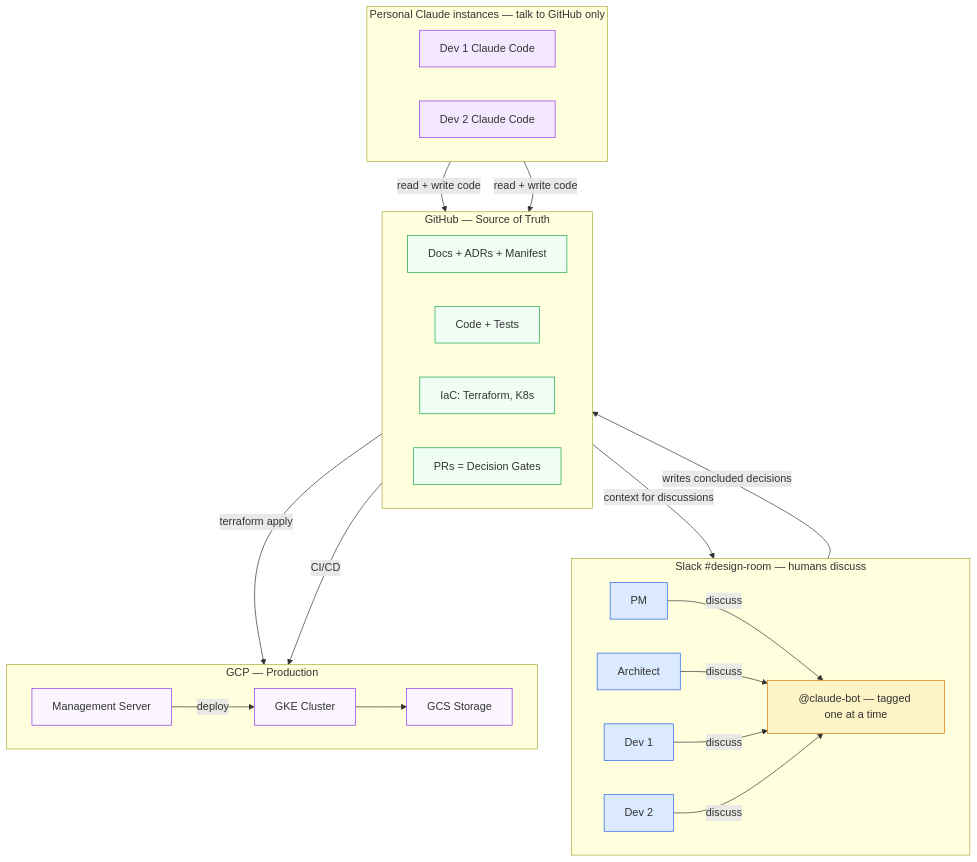
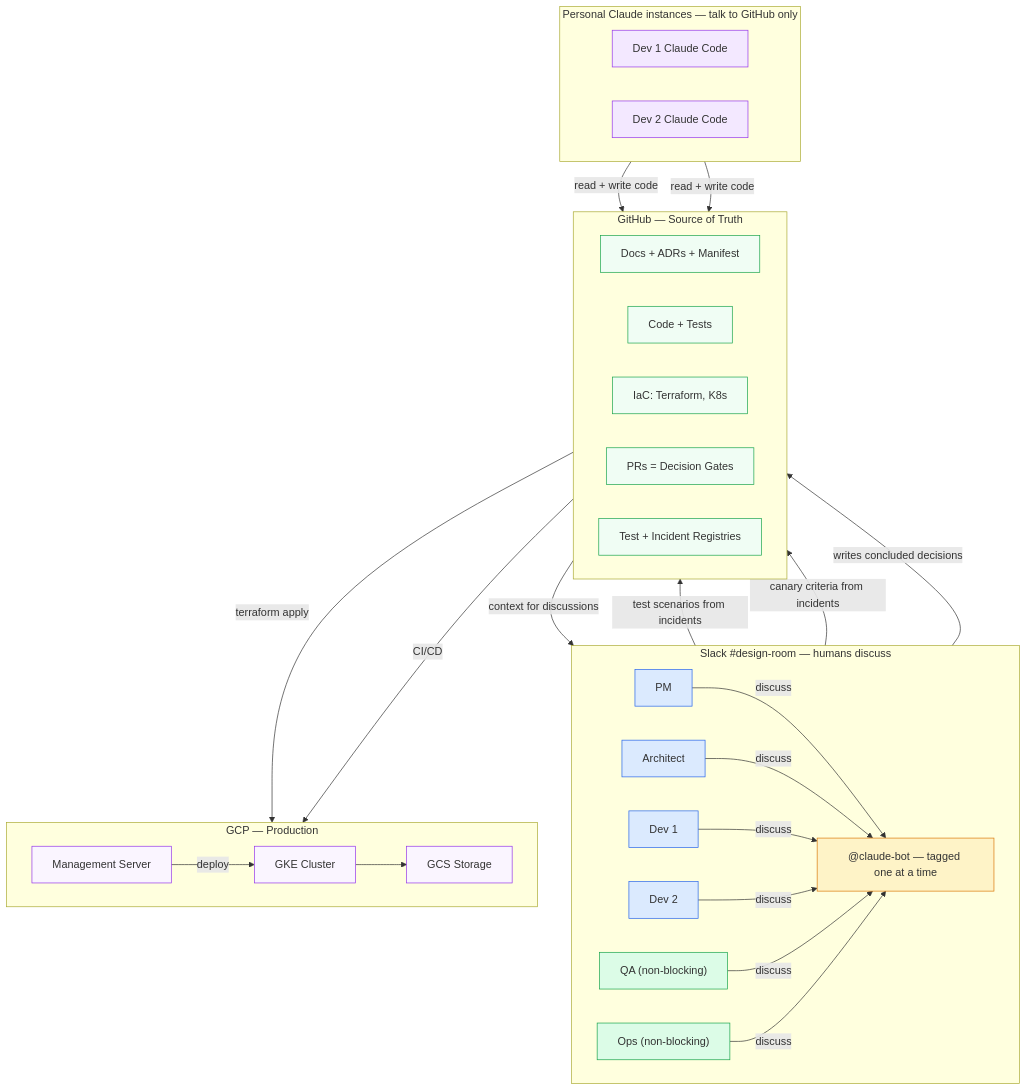
Before and after one commit to Prasad-Apparaju/hitl-dev-platform: the first of 5 diagrams in README.md, drawn with Mermaid. The commit also changed other lines of this file, not shown here.

Commit message:
Update Mermaid diagram with QA, Ops, registries; expand by default

````diff
--- a/README.md
+++ b/README.md
@@ -22,52 +22,59 @@
 ```mermaid
 graph TD
     subgraph Slack["Slack #design-room — humans discuss"]
         direction LR
         PM["PM"]
         Arch["Architect"]
         D1["Dev 1"]
         D2["Dev 2"]
+        QA["QA (non-blocking)"]
+        Ops["Ops (non-blocking)"]
         Bot["@claude-bot — tagged one at a time"]
     end
 
     subgraph Private["Personal Claude instances — talk to GitHub only"]
         direction LR
         C1["Dev 1 Claude Code"]
         C2["Dev 2 Claude Code"]
     end
 
     subgraph GitHub["GitHub — Source of Truth"]
         direction LR
         Docs["Docs + ADRs + Manifest"]
         Code["Code + Tests"]
         IaC["IaC: Terraform, K8s"]
         PRs["PRs = Decision Gates"]
+        Reg["Test + Incident Registries"]
     end
 
     subgraph GCP["GCP — Production"]
         direction LR
         Mgmt["Management Server"]
         GKE["GKE Cluster"]
         GCS["GCS Storage"]
     end
 
-    PM & Arch & D1 & D2 -->|"discuss"| Bot
+    PM & Arch & D1 & D2 & QA & Ops -->|"discuss"| Bot
     Bot -->|"writes concluded decisions"| GitHub
     C1 & C2 -->|"read + write code"| GitHub
     GitHub -->|"context for discussions"| Slack
+    QA -->|"test scenarios from incidents"| Reg
+    Ops -->|"canary criteria from incidents"| Reg
     IaC -->|"terraform apply"| Mgmt
     Mgmt -->|"deploy"| GKE
     Code -->|"CI/CD"| GKE
     GKE --> GCS
 
     classDef human fill:#dbeafe,stroke:#2563eb
+    classDef contributor fill:#dcfce7,stroke:#16a34a
     classDef bot fill:#fef3c7,stroke:#d97706
     classDef private fill:#f3e8ff,stroke:#9333ea
     classDef gh fill:#f0fdf4,stroke:#16a34a
     classDef gcp fill:#faf5ff,stroke:#9333ea
     class PM,Arch,D1,D2 human
+    class QA,Ops contributor
     class Bot bot
     class C1,C2 private
-    class Docs,Code,IaC,PRs gh
+    class Docs,Code,IaC,PRs,Reg gh
     class Mgmt,GKE,GCS gcp
 ```
````
